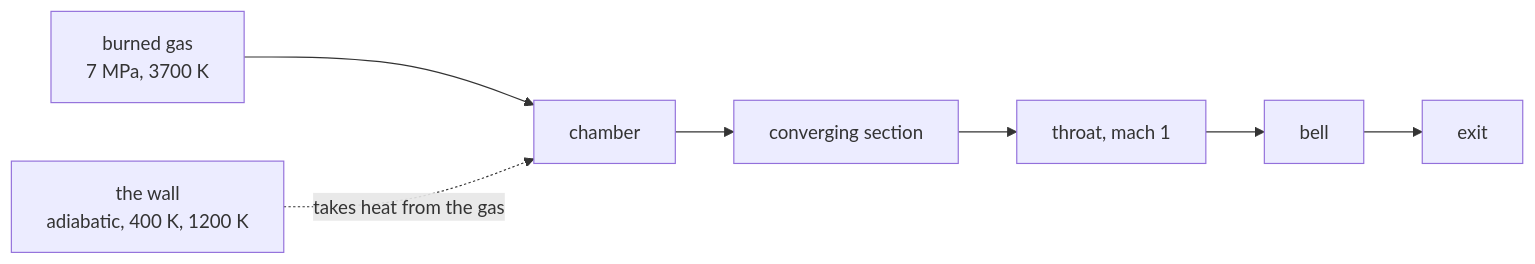
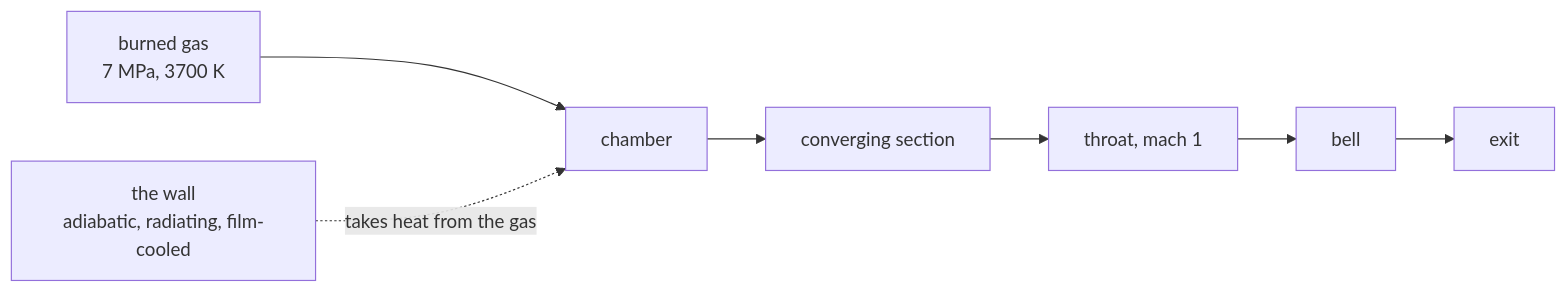
One commit to totallynotbrent/nuFor changed the diagram in docs/numerics/2d/engine-wall-bracket.md. Above: the diagram before and after it, drawn with Mermaid. The commit also changed other lines of this file, not shown here.

````diff
--- a/docs/numerics/2d/engine-wall-bracket.md
+++ b/docs/numerics/2d/engine-wall-bracket.md
@@ -12,10 +12,10 @@
 ```mermaid
 flowchart LR
   tank["burned gas<br/>7 MPa, 3700 K"] --> chamber["chamber"]
   chamber --> conv["converging section"]
   conv --> throat["throat, mach 1"]
   throat --> bell["bell"]
   bell --> exit["exit"]
 
-  wall["the wall<br/>adiabatic, 400 K, 1200 K"] -. "takes heat from the gas" .-> chamber
+  wall["the wall<br/>adiabatic, radiating, film-cooled"] -. "takes heat from the gas" .-> chamber
 ```
````
